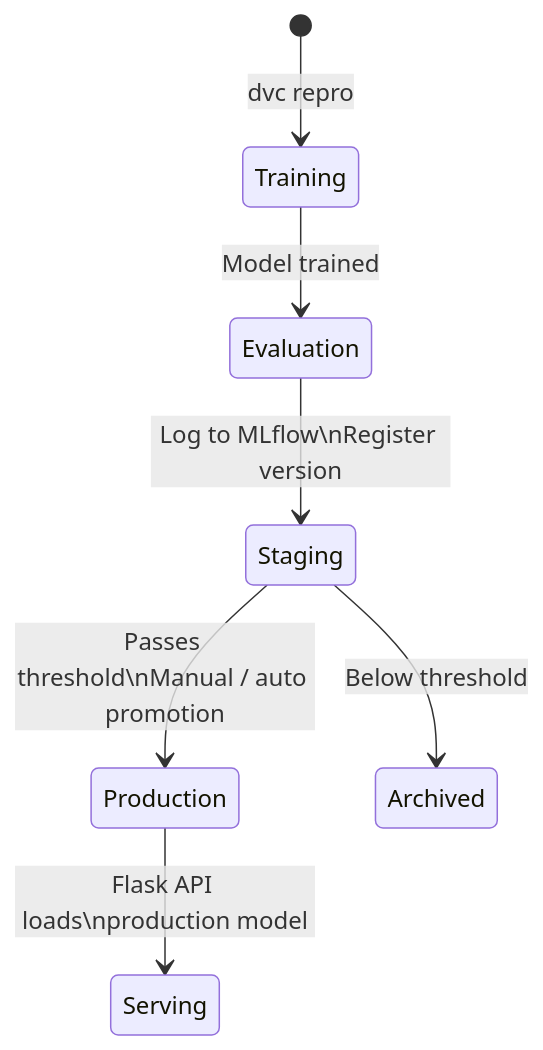
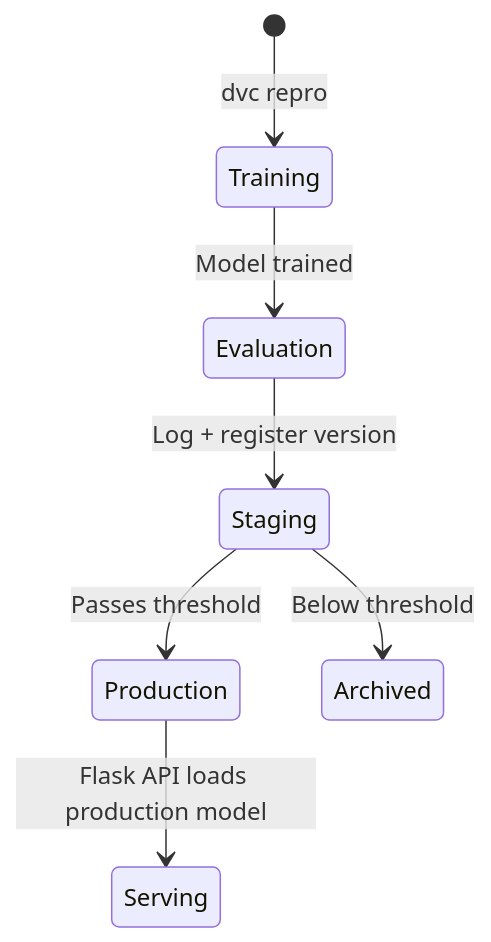
Before and after one commit to omarhatem44/End-to-end-Chest-Cancer-Classification-: the fourth of 5 diagrams in README.md, drawn with Mermaid. The commit also changed other lines of this file, not shown here.

````diff
--- a/README.md
+++ b/README.md
@@ -367,9 +303,9 @@
 ```mermaid
 stateDiagram-v2
     [*] --> Training : dvc repro
     Training --> Evaluation : Model trained
-    Evaluation --> Staging : Log to MLflow\nRegister version
-    Staging --> Production : Passes threshold\nManual / auto promotion
-    Production --> Serving : Flask API loads\nproduction model
+    Evaluation --> Staging : Log + register version
+    Staging --> Production : Passes threshold
+    Production --> Serving : Flask API loads production model
     Staging --> Archived : Below threshold
 ```
````
